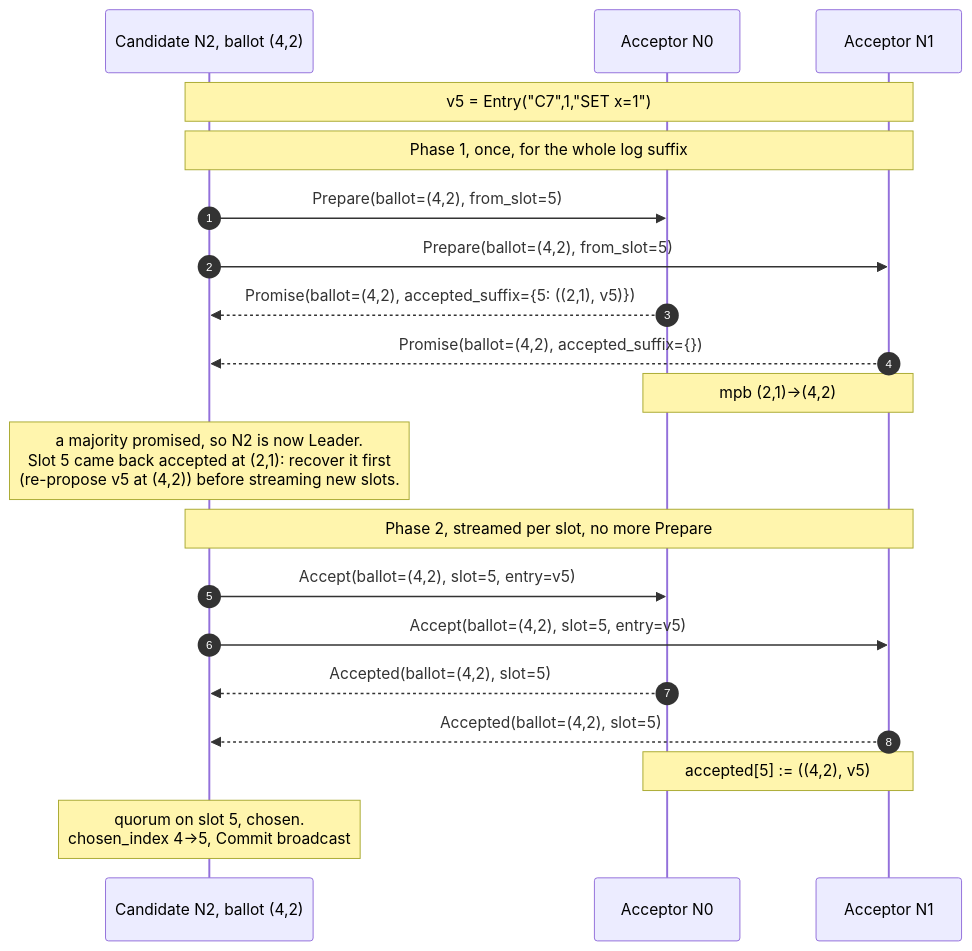
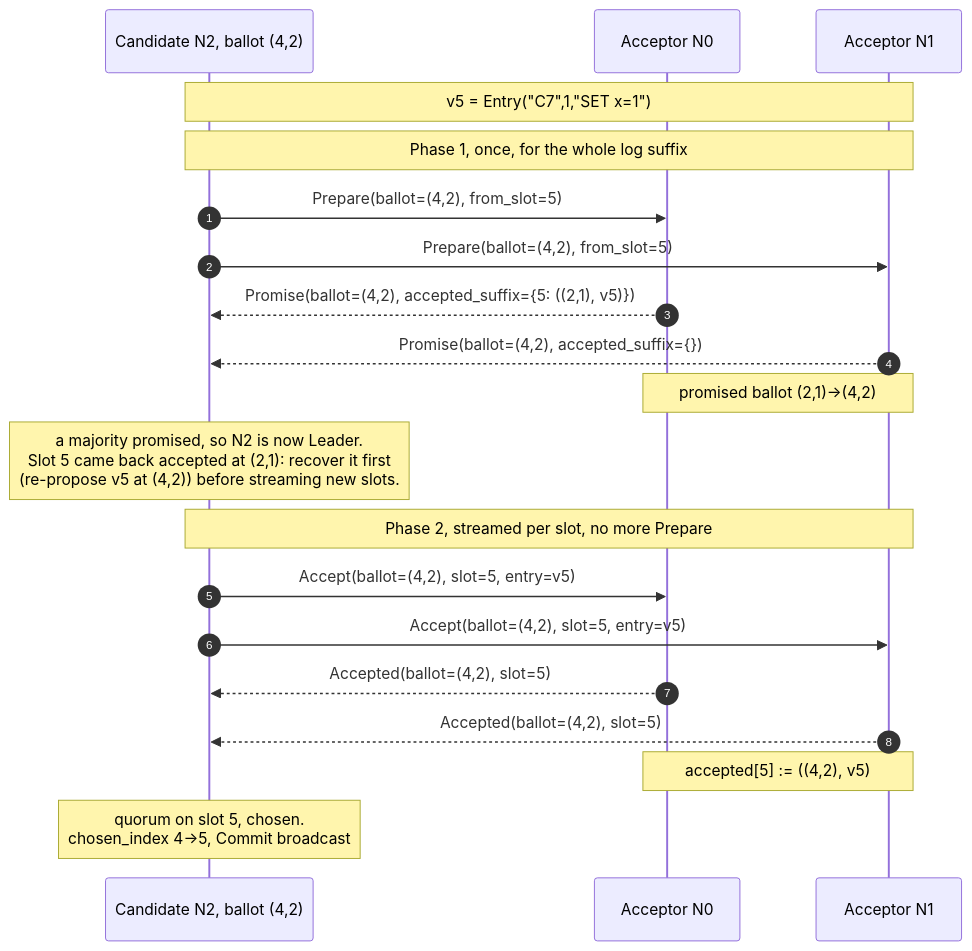
One commit to PierreZ/paros changed the second of 4 diagrams in book/src/stable-leader.md. Above: the diagram before and after it, drawn with Mermaid. The commit also changed other lines of this file, not shown here.

````diff
--- a/book/src/stable-leader.md
+++ b/book/src/stable-leader.md
@@ -55,22 +111,22 @@
 ```mermaid
 sequenceDiagram
     autonumber
     participant C as Candidate N2, ballot (4,2)
     participant A0 as Acceptor N0
     participant A1 as Acceptor N1
     Note over C,A1: v5 = Entry("C7",1,"SET x=1")
     Note over C,A1: Phase 1, once, for the whole log suffix
     C->>A0: Prepare(ballot=(4,2), from_slot=5)
     C->>A1: Prepare(ballot=(4,2), from_slot=5)
     A0-->>C: Promise(ballot=(4,2), accepted_suffix={5: ((2,1), v5)})
     A1-->>C: Promise(ballot=(4,2), accepted_suffix={})
-    Note over A0,A1: mpb (2,1)->(4,2)
+    Note over A0,A1: promised ballot (2,1)->(4,2)
     Note over C: a majority promised, so N2 is now Leader.<br/>Slot 5 came back accepted at (2,1): recover it first<br/>(re-propose v5 at (4,2)) before streaming new slots.
     Note over C,A1: Phase 2, streamed per slot, no more Prepare
     C->>A0: Accept(ballot=(4,2), slot=5, entry=v5)
     C->>A1: Accept(ballot=(4,2), slot=5, entry=v5)
     A0-->>C: Accepted(ballot=(4,2), slot=5)
     A1-->>C: Accepted(ballot=(4,2), slot=5)
     Note over A0,A1: accepted[5] := ((4,2), v5)
     Note over C: quorum on slot 5, chosen.<br/>chosen_index 4->5, Commit broadcast
 ```
````
